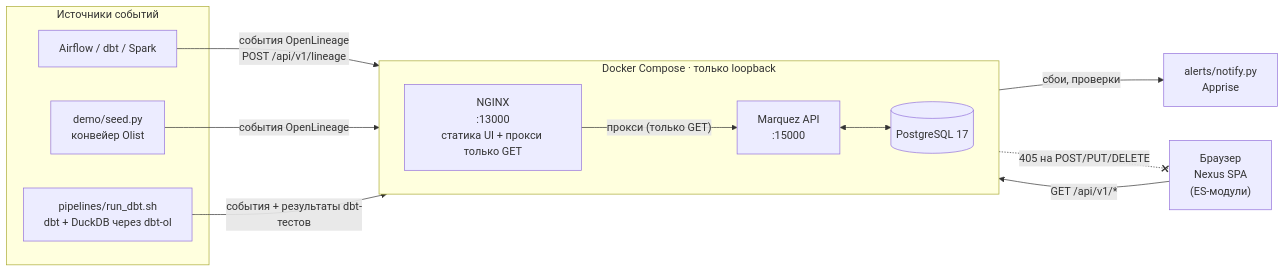
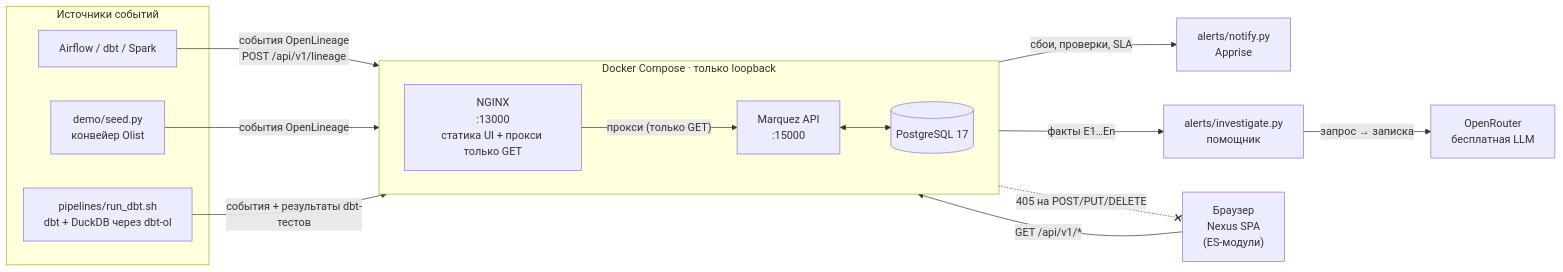
Before and after one commit to AyanbergenSaduakassov07/nexus: the first of 5 diagrams in README.ru.md, drawn with Mermaid. The commit also changed other lines of this file and 1 other file, not shown here.

Commit message:
docs: refresh READMEs with copilot architecture, roadmap and credits

````diff
--- a/README.ru.md
+++ b/README.ru.md
@@ -91,28 +91,32 @@
 ```mermaid
 flowchart LR
     subgraph Producers["Источники событий"]
         A[Airflow / dbt / Spark]
         S[demo/seed.py<br/>конвейер Olist]
         T[pipelines/run_dbt.sh<br/>dbt + DuckDB через dbt-ol]
     end
 
     AL["alerts/notify.py<br/>Apprise"]
+    CP["alerts/investigate.py<br/>помощник"]
+    OR["OpenRouter<br/>бесплатная LLM"]
 
     subgraph Stack["Docker Compose · только loopback"]
         direction LR
         W["NGINX<br/>:13000<br/>статика UI + прокси только GET"]
         M["Marquez API<br/>:15000"]
         D[("PostgreSQL 17")]
     end
 
     B["Браузер<br/>Nexus SPA<br/>(ES-модули)"]
 
     A -- "события OpenLineage<br/>POST /api/v1/lineage" --> M
     S -- "события OpenLineage" --> M
     T -- "события + результаты dbt-тестов" --> M
-    M -- "сбои, проверки" --> AL
+    M -- "сбои, проверки, SLA" --> AL
+    M -- "факты E1…En" --> CP
+    CP -- "запрос → записка" --> OR
     M <--> D
     B -- "GET /api/v1/*" --> W
     W -- "прокси (только GET)" --> M
     W -. "405 на POST/PUT/DELETE" .-x B
 ```
````
